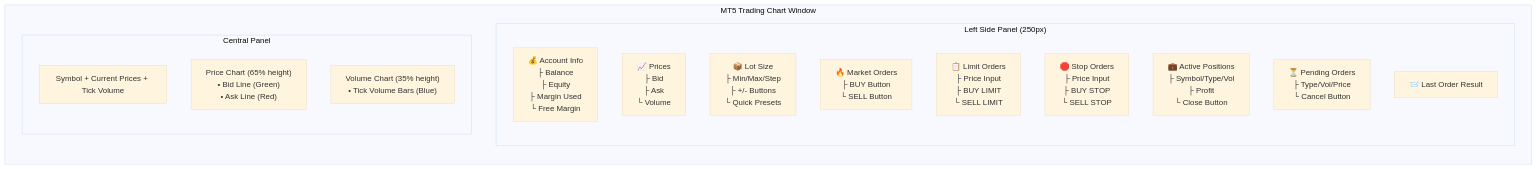
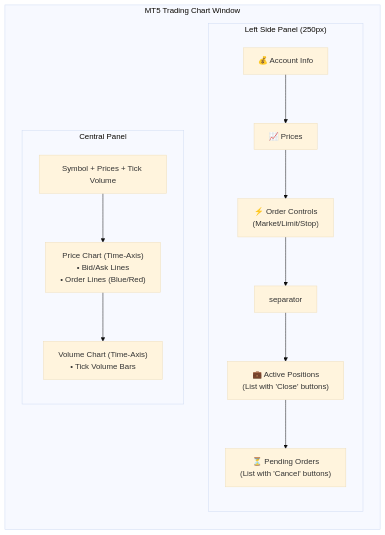
The third of 3 diagrams in updated-trading-architecture.md (algorembrant/SUM3API), drawn with Mermaid (base theme) before and after one commit. The commit also changed other lines of this file and 5 other files, not shown here.

````diff
--- a/updated-trading-architecture.md
+++ b/updated-trading-architecture.md
@@ -179,24 +176,30 @@
 ```mermaid
 flowchart LR
     subgraph Window["MT5 Trading Chart Window"]
         subgraph SidePanel["Left Side Panel (250px)"]
             direction TB
-            AccountInfo["💰 Account Info<br/>├ Balance<br/>├ Equity<br/>├ Margin Used<br/>└ Free Margin"]
-            Prices["📈 Prices<br/>├ Bid<br/>├ Ask<br/>└ Volume"]
-            LotSize["📦 Lot Size<br/>├ Min/Max/Step<br/>├ +/- Buttons<br/>└ Quick Presets"]
-            MarketOrders["🔥 Market Orders<br/>├ BUY Button<br/>└ SELL Button"]
-            LimitOrders["📋 Limit Orders<br/>├ Price Input<br/>├ BUY LIMIT<br/>└ SELL LIMIT"]
-            StopOrders["🛑 Stop Orders<br/>├ Price Input<br/>├ BUY STOP<br/>└ SELL STOP"]
-            ActivePos["💼 Active Positions<br/>├ Symbol/Type/Vol<br/>├ Profit<br/>└ Close Button"]
-            PendingOrd["⏳ Pending Orders<br/>├ Type/Vol/Price<br/>└ Cancel Button"]
-            OrderResult["📨 Last Order Result"]
+            AccountInfo["💰 Account Info"]
+            Prices["📈 Prices"]
+            TradeControls["⚡ Order Controls<br/>(Market/Limit/Stop)"]
+            sep1[separator]
+            ActivePos["💼 Active Positions<br/>(List with 'Close' buttons)"]
+            PendingOrd["⏳ Pending Orders<br/>(List with 'Cancel' buttons)"]
+            
+            AccountInfo --> Prices
+            Prices --> TradeControls
+            TradeControls --> sep1
+            sep1 --> ActivePos
+            ActivePos --> PendingOrd
         end
         
         subgraph MainPanel["Central Panel"]
             direction TB
-            Header["Symbol + Current Prices + Tick Volume"]
-            PriceChart2["Price Chart (65% height)<br/>• Bid Line (Green)<br/>• Ask Line (Red)"]
-            VolumeChart2["Volume Chart (35% height)<br/>• Tick Volume Bars (Blue)"]
+            Header["Symbol + Prices + Tick Volume"]
+            PriceChart2["Price Chart (Time-Axis)<br/>• Bid/Ask Lines<br/>• Order Lines (Blue/Red)"]
+            VolumeChart2["Volume Chart (Time-Axis)<br/>• Tick Volume Bars"]
+            
+            Header --> PriceChart2
+            PriceChart2 --> VolumeChart2
         end
     end
 ```
````
